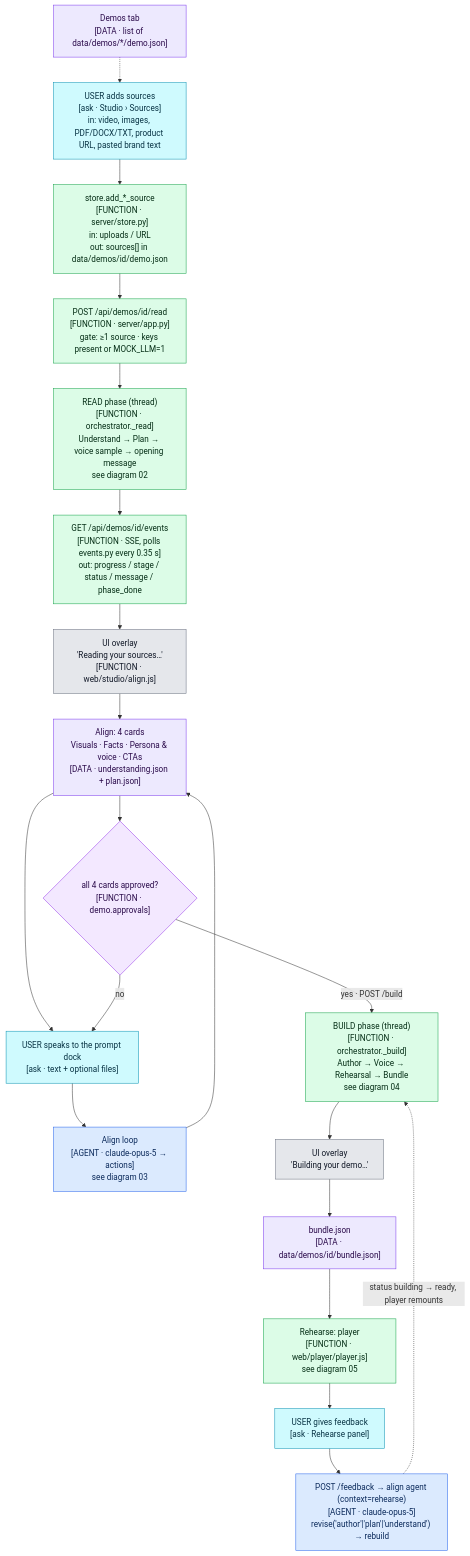
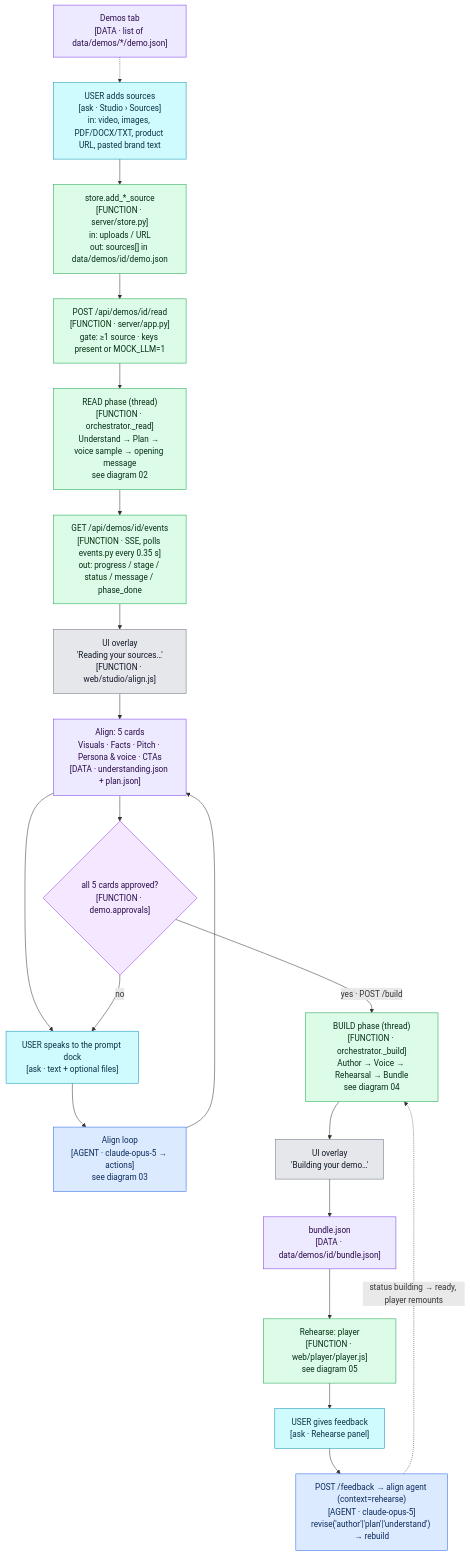
One commit to APareek89/demo-studio changed the diagram in docs/mermaid/01-master.mmd. Above: the diagram before and after it, drawn with Mermaid. The commit also changed 32 other files, not shown here.

```diff
--- a/docs/mermaid/01-master.mmd
+++ b/docs/mermaid/01-master.mmd
@@ -1,34 +1,34 @@
 %% 01 · Master flow — Demo Studio (Sources → Align → Rehearse)
 flowchart TD
   U["USER adds sources<br/>[ask · Studio › Sources]<br/>in: video, images, PDF/DOCX/TXT, product URL, pasted brand text"]:::ask
   ING["store.add_*_source<br/>[FUNCTION · server/store.py]<br/>in: uploads / URL<br/>out: sources[] in data/demos/id/demo.json"]:::fn
   READBTN["POST /api/demos/id/read<br/>[FUNCTION · server/app.py]<br/>gate: ≥1 source · keys present or MOCK_LLM=1"]:::fn
   READ["READ phase (thread)<br/>[FUNCTION · orchestrator._read]<br/>Understand → Plan → voice sample → opening message<br/>see diagram 02"]:::fn
   SSE["GET /api/demos/id/events<br/>[FUNCTION · SSE, polls events.py every 0.35 s]<br/>out: progress / stage / status / message / phase_done"]:::fn
   OVER1["UI overlay<br/>'Reading your sources…'<br/>[FUNCTION · web/studio/align.js]"]:::term
-  CARDS["Align: 4 cards<br/>Visuals · Facts · Persona & voice · CTAs<br/>[DATA · understanding.json + plan.json]"]:::data
+  CARDS["Align: 5 cards<br/>Visuals · Facts · Pitch · Persona & voice · CTAs<br/>[DATA · understanding.json + plan.json]"]:::data
   DOCK["USER speaks to the prompt dock<br/>[ask · text + optional files]"]:::ask
   ALIGN["Align loop<br/>[AGENT · claude-opus-5 → actions]<br/>see diagram 03"]:::agent
-  APPR{"all 4 cards approved?<br/>[FUNCTION · demo.approvals]"}:::dec
+  APPR{"all 5 cards approved?<br/>[FUNCTION · demo.approvals]"}:::dec
   BUILD["BUILD phase (thread)<br/>[FUNCTION · orchestrator._build]<br/>Author → Voice → Rehearsal → Bundle<br/>see diagram 04"]:::fn
   OVER2["UI overlay<br/>'Building your demo…'"]:::term
   BUNDLE["bundle.json<br/>[DATA · data/demos/id/bundle.json]"]:::data
   PLAY["Rehearse: player<br/>[FUNCTION · web/player/player.js]<br/>see diagram 05"]:::fn
   FB["USER gives feedback<br/>[ask · Rehearse panel]"]:::ask
   FBA["POST /feedback → align agent (context=rehearse)<br/>[AGENT · claude-opus-5]<br/>revise('author'|'plan'|'understand') → rebuild"]:::agent
   LIB["Demos tab<br/>[DATA · list of data/demos/*/demo.json]"]:::data
 
   U --> ING --> READBTN --> READ --> SSE --> OVER1 --> CARDS
   CARDS --> DOCK --> ALIGN --> CARDS
   CARDS --> APPR
   APPR -- "no" --> DOCK
   APPR -- "yes · POST /build" --> BUILD --> OVER2 --> BUNDLE --> PLAY
   PLAY --> FB --> FBA -.->|"status building → ready, player remounts"| BUILD
   LIB -.-> U
 
   classDef agent fill:#dbeafe,stroke:#2563eb,color:#0b2a5b;
   classDef fn fill:#dcfce7,stroke:#16a34a,color:#052e16;
   classDef dec fill:#f3e8ff,stroke:#9333ea,color:#2a0a4a;
   classDef term fill:#e5e7eb,stroke:#6b7280,color:#111827;
   classDef ask fill:#cffafe,stroke:#0891b2,color:#083344;
   classDef data fill:#ede9fe,stroke:#7c3aed,color:#2a0a4a;
```
